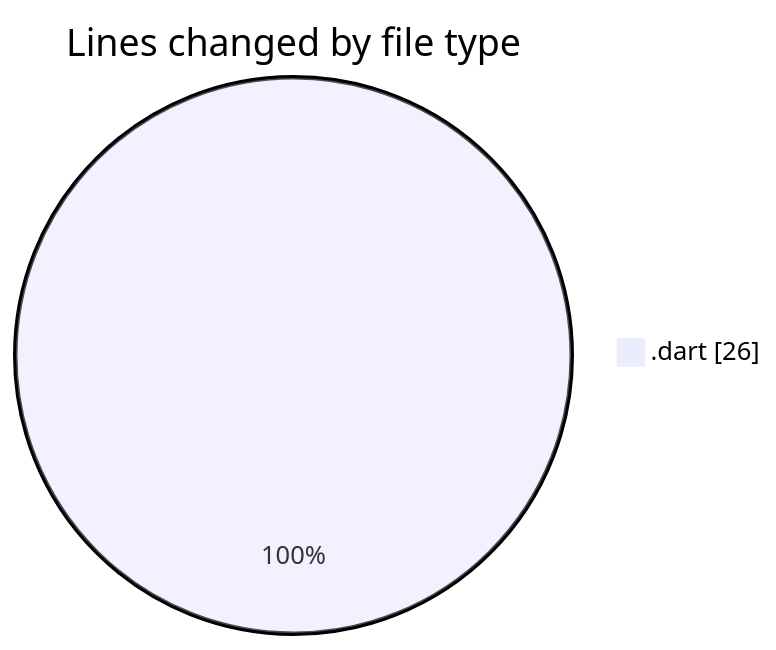
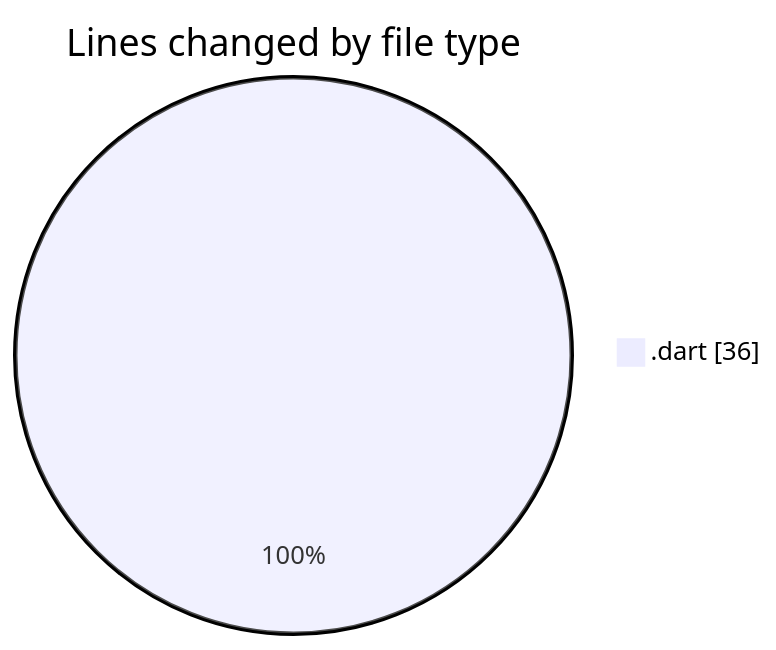
The first of 2 diagrams in 2025-01-13/trackers_app/README.md (donsfak/code-tracking), drawn with Mermaid before and after one commit. The commit also changed other lines of this file and 1 other file, not shown here.

````diff
--- a/2025-01-13/trackers_app/README.md
+++ b/2025-01-13/trackers_app/README.md
@@ -21,5 +21,5 @@
 ```mermaid
 pie showData
 title Lines changed by file type
-".dart" : 26
+".dart" : 36
 ```
````
